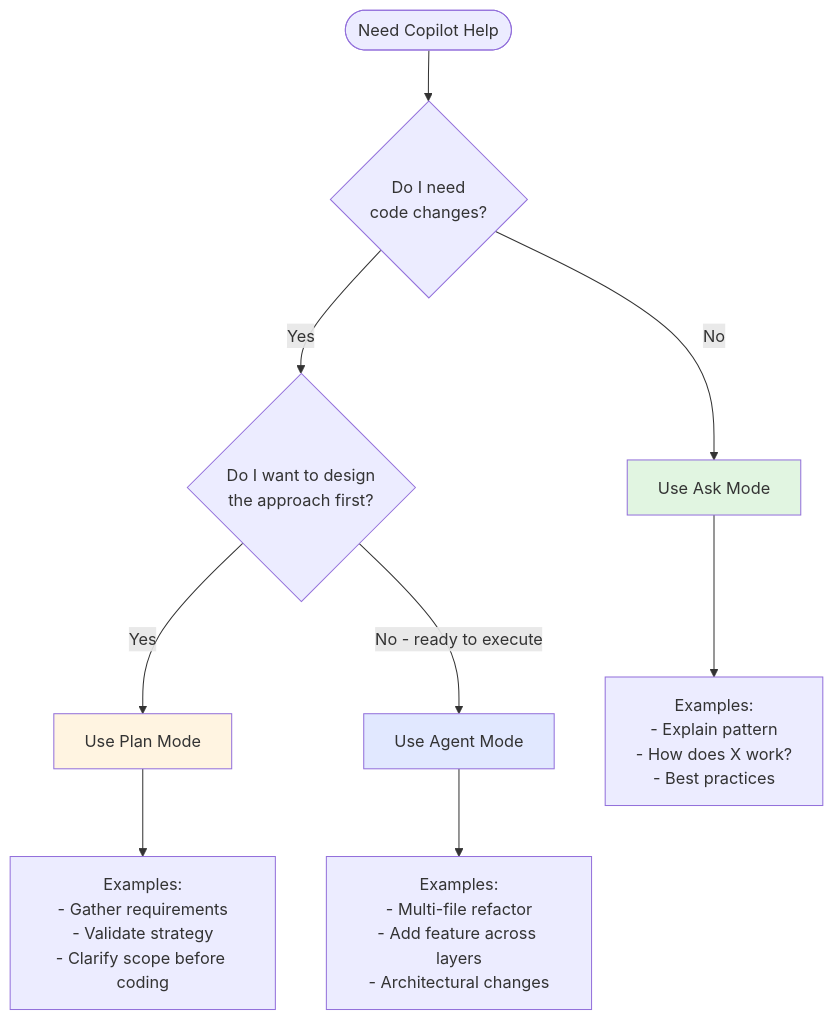
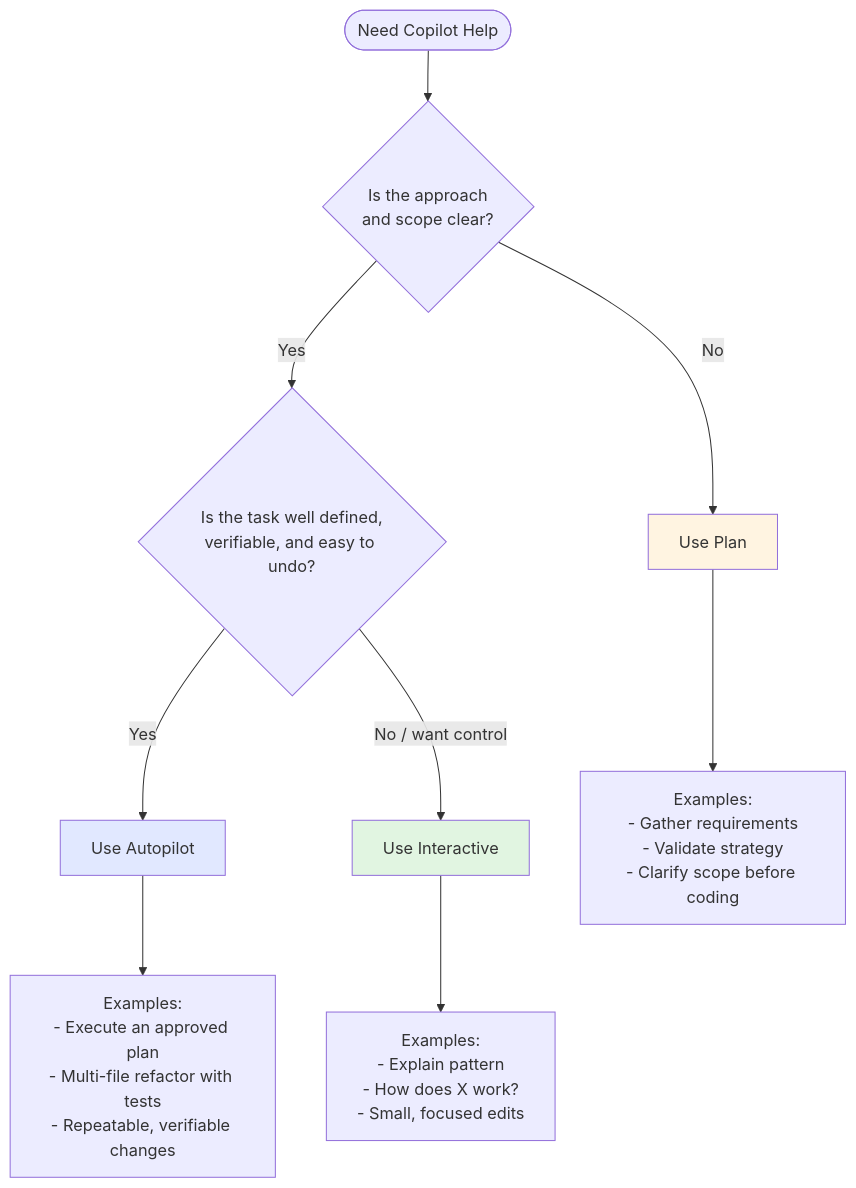
The third of 6 diagrams in docs/design/diagrams/copilot-interaction-models.md (centricconsulting/ai-coding-workshop), drawn with Mermaid before and after one commit. The commit also changed other lines of this file and 21 other files, not shown here.

First line of the commit message:
docs: update interaction models for Interactive, Plan, and Autopilot modes

````diff
--- a/docs/design/diagrams/copilot-interaction-models.md
+++ b/docs/design/diagrams/copilot-interaction-models.md
@@ -55,18 +62,18 @@
 ```mermaid
 flowchart TD
-    Start([Need Copilot Help]) --> Q1{Do I need<br/>code changes?}
-    
-    Q1 -->|No| UseAsk[Use Ask Mode]
-    Q1 -->|Yes| Q2{Do I want to design<br/>the approach first?}
-    
-    Q2 -->|Yes| UsePlan[Use Plan Mode]
-    Q2 -->|No - ready to execute| UseAgent[Use Agent Mode]
-    
-    UseAsk --> AskEx[Examples:<br/>- Explain pattern<br/>- How does X work?<br/>- Best practices]
+    Start([Need Copilot Help]) --> Q1{Is the approach<br/>and scope clear?}
+
+    Q1 -->|No| UsePlan[Use Plan]
+    Q1 -->|Yes| Q2{Is the task well defined,<br/>verifiable, and easy to undo?}
+
+    Q2 -->|Yes| UseAutopilot[Use Autopilot]
+    Q2 -->|No / want control| UseInteractive[Use Interactive]
+
+    UseInteractive --> InteractiveEx[Examples:<br/>- Explain pattern<br/>- How does X work?<br/>- Small, focused edits]
     UsePlan --> PlanEx[Examples:<br/>- Gather requirements<br/>- Validate strategy<br/>- Clarify scope before coding]
-    UseAgent --> AgentEx[Examples:<br/>- Multi-file refactor<br/>- Add feature across layers<br/>- Architectural changes]
-    
-    style UseAsk fill:#e1f5e1
+    UseAutopilot --> AutopilotEx[Examples:<br/>- Execute an approved plan<br/>- Multi-file refactor with tests<br/>- Repeatable, verifiable changes]
+
+    style UseInteractive fill:#e1f5e1
     style UsePlan fill:#fff4e1
-    style UseAgent fill:#e1e8ff
+    style UseAutopilot fill:#e1e8ff
 ```
````
